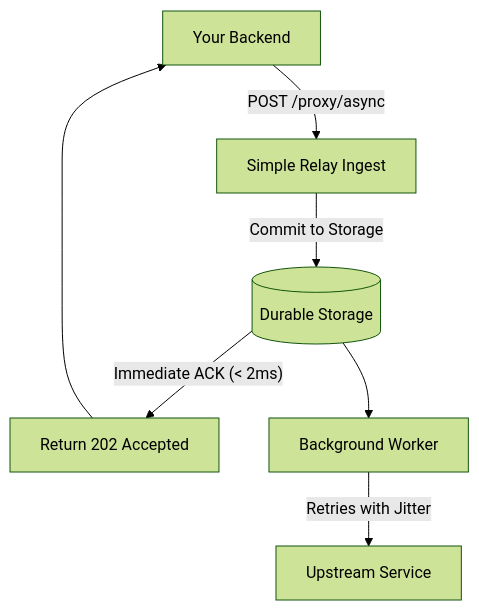
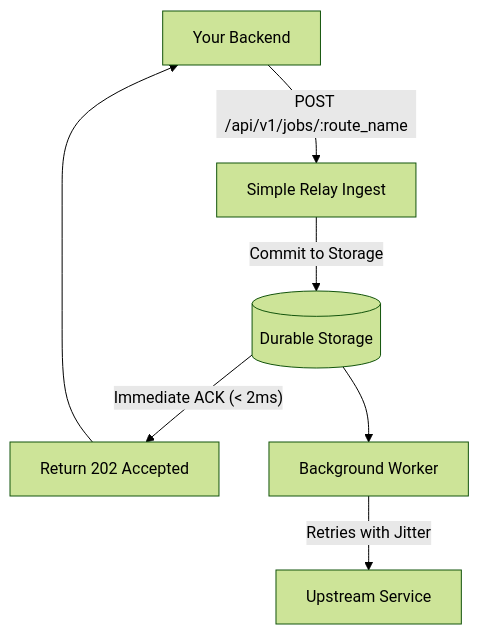
The second of 2 diagrams in src/content/docs/outbound-proxy.md (pmlonng/simplerelay.dev), drawn with Mermaid (forest theme) before and after one commit. The commit also changed other lines of this file and 6 other files, not shown here.

````diff
--- a/src/content/docs/outbound-proxy.md
+++ b/src/content/docs/outbound-proxy.md
@@ -65,10 +68,10 @@
 ```mermaid
 flowchart TD
-    App["Your Backend"] -->|"POST /proxy/async"| Ingest["Simple Relay Ingest"]
+    App["Your Backend"] -->|"POST /api/v1/jobs/:route_name"| Ingest["Simple Relay Ingest"]
     Ingest -->|"Commit to Storage"| Storage[("Durable Storage")]
     Storage -->|"Immediate ACK (< 2ms)"| ReturnAck["Return 202 Accepted"]
     ReturnAck --> App
     
     Storage --> Worker["Background Worker"]
     Worker -->|"Retries with Jitter"| Upstream["Upstream Service"]
 ```
````
